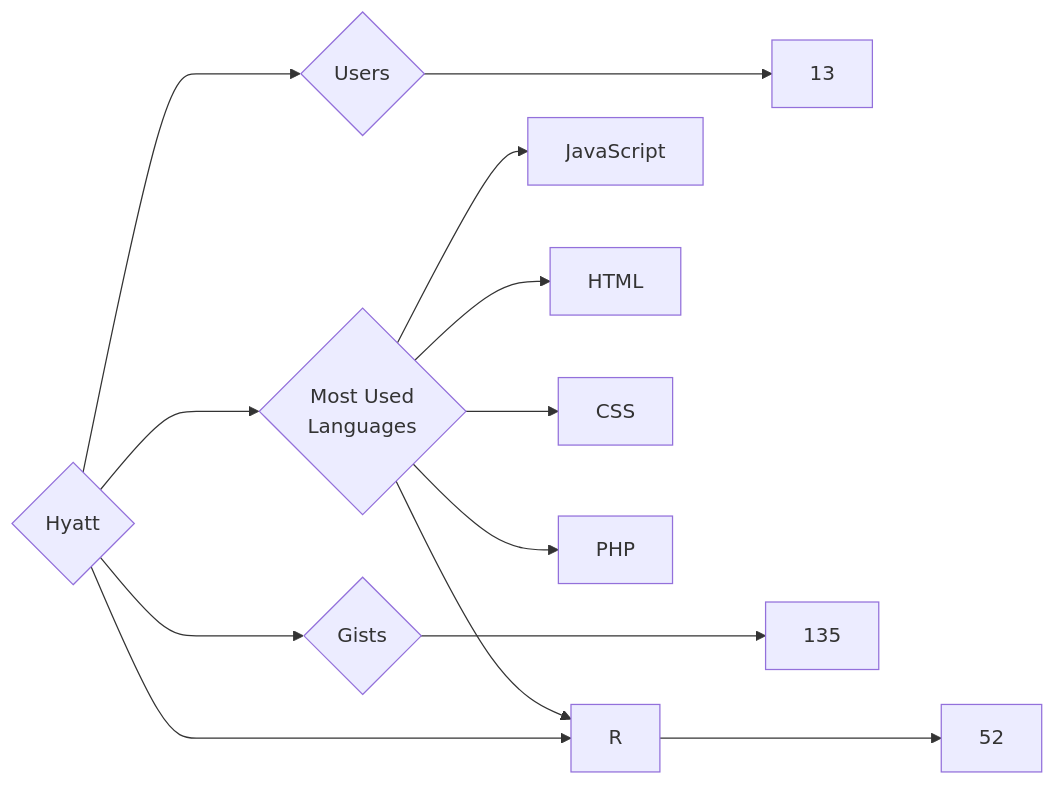
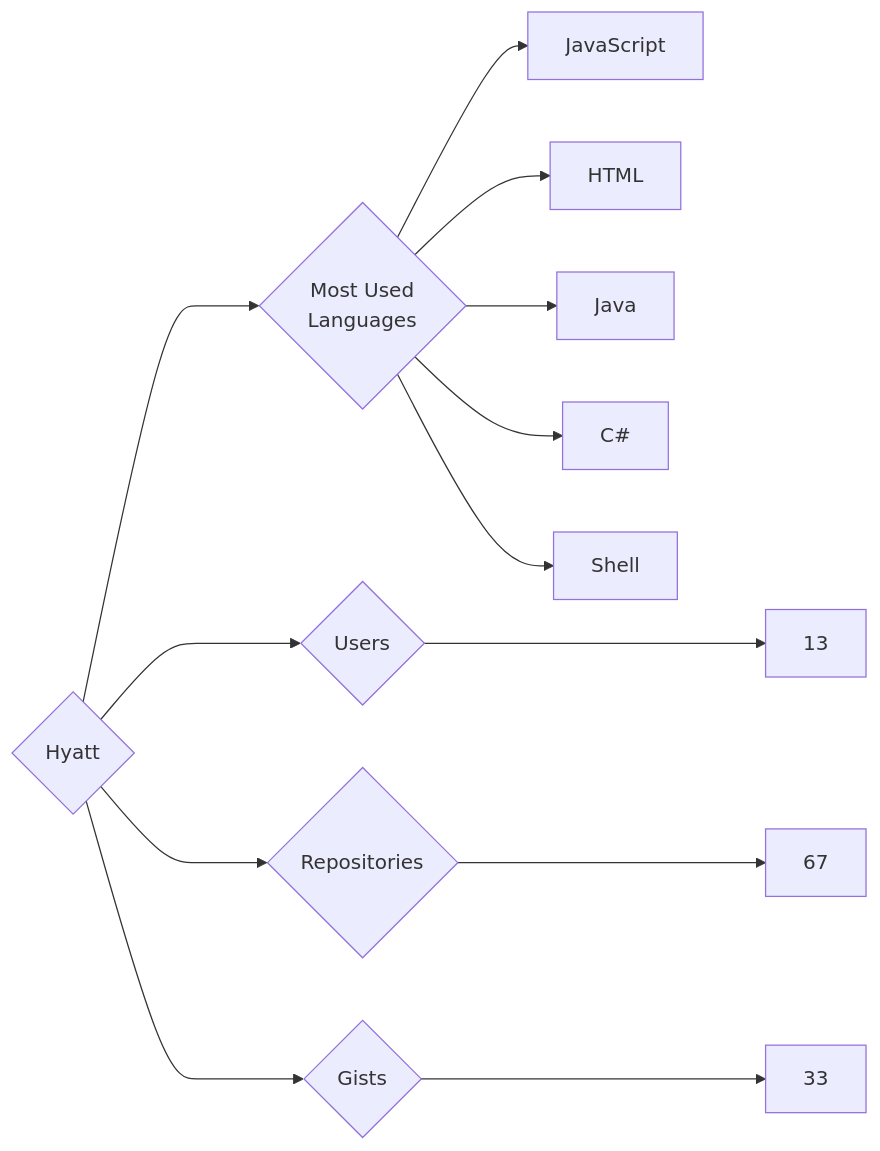
Before and after one commit to trickest/insiders: the diagram in targets/Hyatt/README.md, drawn with Mermaid. The commit also changed 681 other files, not shown here.

````diff
--- a/targets/Hyatt/README.md
+++ b/targets/Hyatt/README.md
@@ -3,13 +3,13 @@
 ```mermaid
 graph LR
 COMPANY_NAME{Hyatt}
 COMPANY_NAME ---> U{Users} ---> UN[13]
-COMPANY_NAME ---> R{Repositories} ---> RN[52]
-COMPANY_NAME ---> G{Gists} ---> GN[135]
+COMPANY_NAME ---> R{Repositories} ---> RN[67]
+COMPANY_NAME ---> G{Gists} ---> GN[33]
 COMPANY_NAME ---> ML{Most Used<br>Languages}
 ML --> JavaScript[JavaScript]
 ML --> HTML[HTML]
-ML --> CSS[CSS]
-ML --> R[R]
-ML --> PHP[PHP]
+ML --> Java[Java]
+ML --> C#[C#]
+ML --> Shell[Shell]
 ```
````
